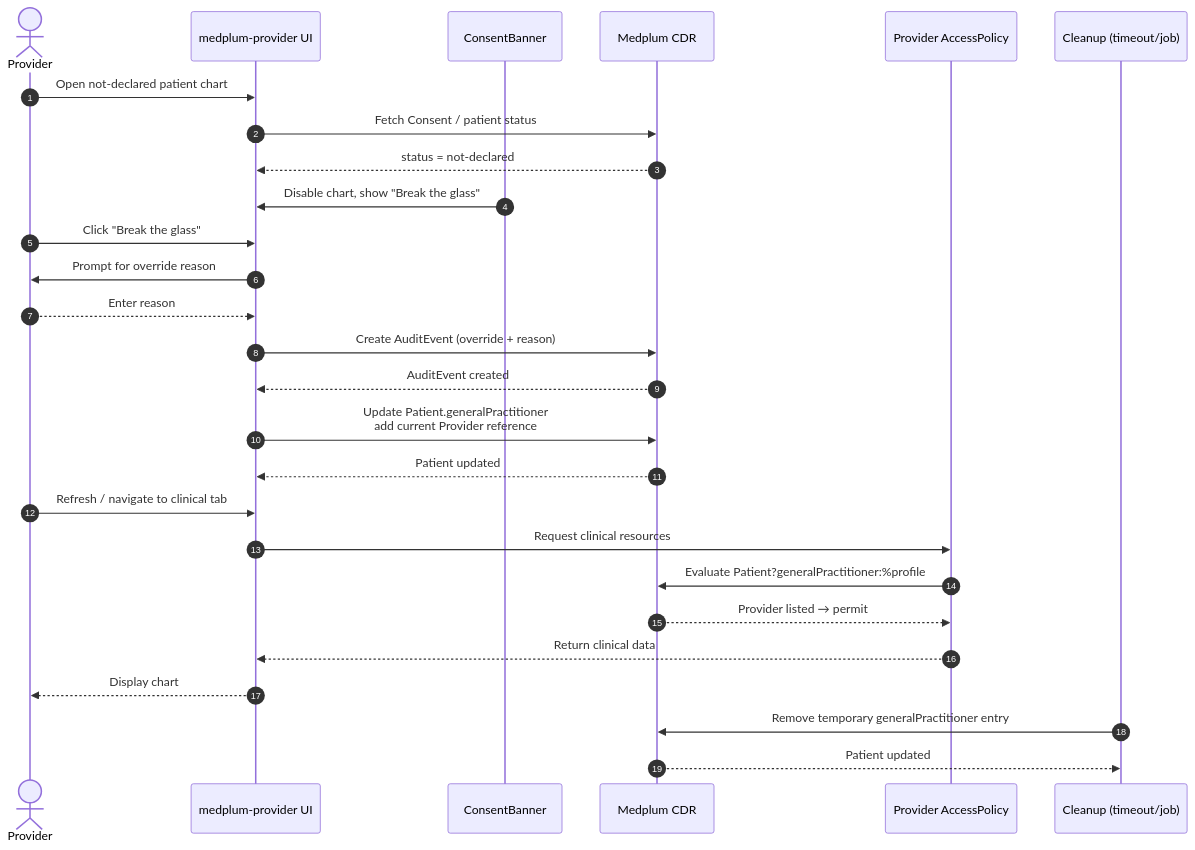
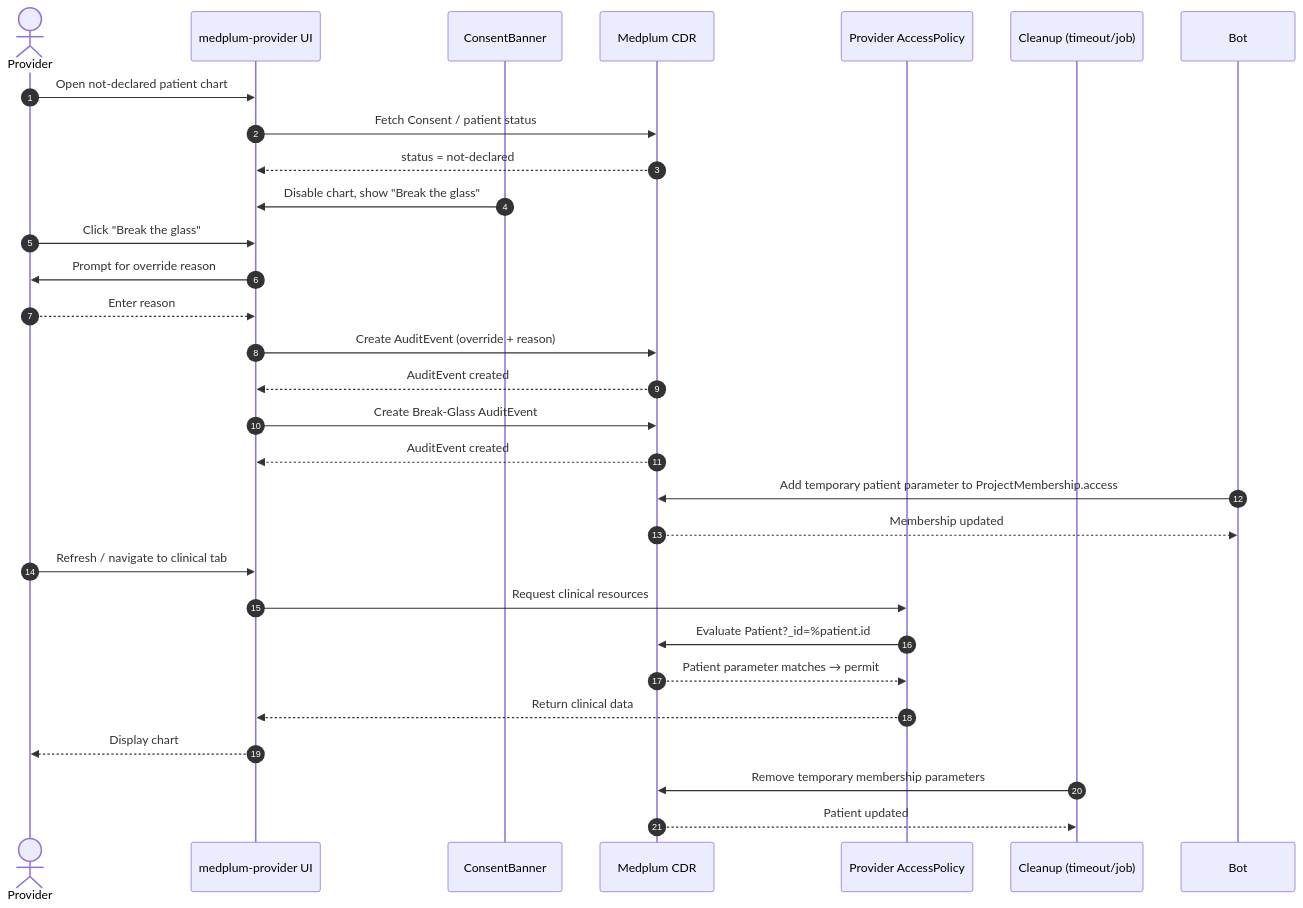
One commit to clong-viimed/medplum changed the diagram in documents/nevada-break-glass-enforcement-options.md. Above: the diagram before and after it, drawn with Mermaid. The commit also changed other lines of this file and 25 other files, not shown here.

````diff
--- a/documents/nevada-break-glass-enforcement-options.md
+++ b/documents/nevada-break-glass-enforcement-options.md
@@ -55,35 +56,37 @@
 ```mermaid
 sequenceDiagram
     autonumber
     actor Provider
     participant UI as medplum-provider UI
     participant ConsentBanner as ConsentBanner
     participant Medplum as Medplum CDR
     participant Policy as Provider AccessPolicy
     participant Cleanup as Cleanup (timeout/job)
 
     Provider->>UI: Open not-declared patient chart
     UI->>Medplum: Fetch Consent / patient status
     Medplum-->>UI: status = not-declared
     ConsentBanner->>UI: Disable chart, show "Break the glass"
 
     Provider->>UI: Click "Break the glass"
     UI->>Provider: Prompt for override reason
     Provider-->>UI: Enter reason
 
     UI->>Medplum: Create AuditEvent (override + reason)
     Medplum-->>UI: AuditEvent created
 
-    UI->>Medplum: Update Patient.generalPractitioner<br/>add current Provider reference
-    Medplum-->>UI: Patient updated
+   UI->>Medplum: Create Break-Glass AuditEvent
+   Medplum-->>UI: AuditEvent created
+   Bot->>Medplum: Add temporary patient parameter to ProjectMembership.access
+   Medplum-->>Bot: Membership updated
 
     Provider->>UI: Refresh / navigate to clinical tab
     UI->>Policy: Request clinical resources
-    Policy->>Medplum: Evaluate Patient?generalPractitioner:%profile
-    Medplum-->>Policy: Provider listed → permit
+   Policy->>Medplum: Evaluate Patient?_id=%patient.id
+   Medplum-->>Policy: Patient parameter matches → permit
     Policy-->>UI: Return clinical data
     UI-->>Provider: Display chart
 
-    Cleanup->>Medplum: Remove temporary generalPractitioner entry
+   Cleanup->>Medplum: Remove temporary membership parameters
     Medplum-->>Cleanup: Patient updated
 ```
````
